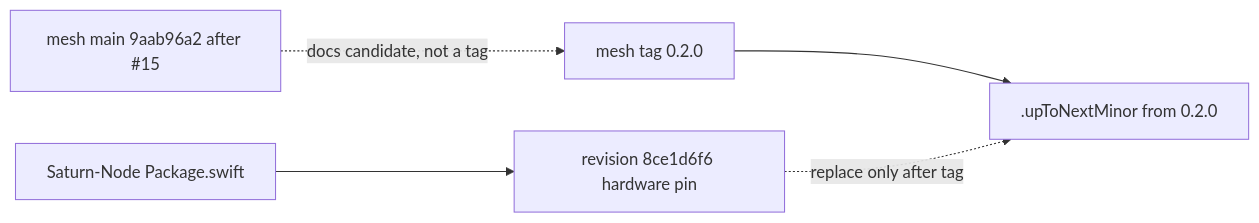
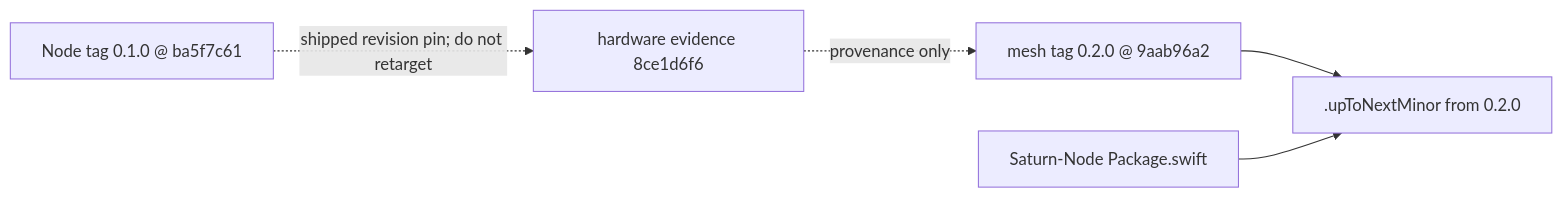
The third of 6 diagrams in docs/ARCHITECTURE.md (EvoCortexAI/saturn-node), drawn with Mermaid before and after one commit. The commit also changed other lines of this file and 4 other files, not shown here.

Commit message:
refactor: use MeshRuntimeMapping in adapter; compress stale mesh-pin docs

````diff
--- a/docs/ARCHITECTURE.md
+++ b/docs/ARCHITECTURE.md
@@ -59,13 +59,13 @@
 ```mermaid
 flowchart LR
     NodePkg[Saturn-Node Package.swift]
-    Pin["revision 8ce1d6f6 hardware pin"]
-    Prep["mesh main 9aab96a2 after #15"]
-    Tag["mesh tag 0.2.0"]
+    Tag["mesh tag 0.2.0 @ 9aab96a2"]
     Semver[".upToNextMinor from 0.2.0"]
+    NodeTag["Node tag 0.1.0 @ ba5f7c61"]
+    Evidence["hardware evidence 8ce1d6f6"]
 
-    NodePkg --> Pin
-    Prep -. docs candidate, not a tag .-> Tag
     Tag --> Semver
-    Pin -. replace only after tag .-> Semver
+    NodePkg --> Semver
+    NodeTag -. shipped revision pin; do not retarget .-> Evidence
+    Evidence -. provenance only .-> Tag
 ```
````
